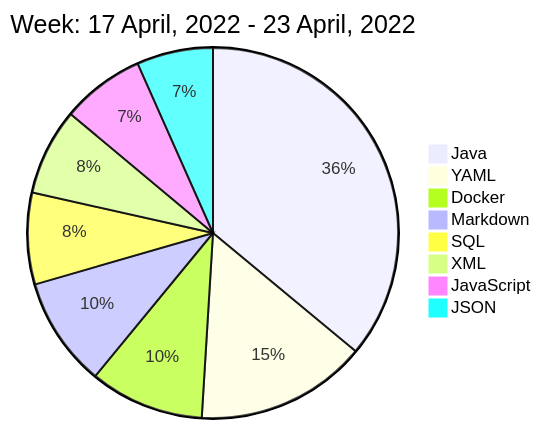
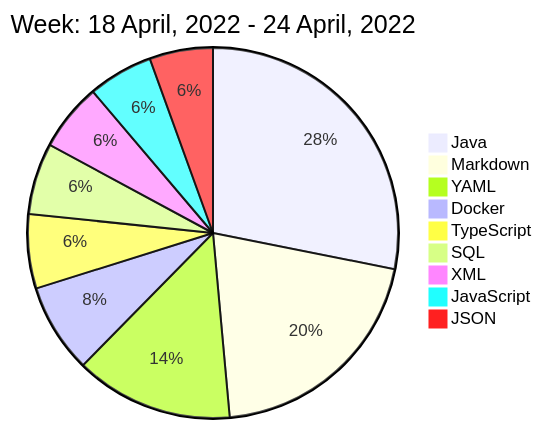
One commit to liubin95/liubin95 changed the diagram in README.md. Above: the diagram before and after it, drawn with Mermaid.

Commit message:
Updated the Graph with new Metrics

````diff
--- a/README.md
+++ b/README.md
@@ -40,12 +40,13 @@
 ```mermaid
  pie
-title Week: 17 April, 2022 - 23 April, 2022
+title Week: 18 April, 2022 - 24 April, 2022
  "Java" : 5.95
- "YAML" : 2.47
+ "Markdown" : 4.32
+ "YAML" : 2.92
  "Docker" : 1.65
- "Markdown" : 1.58
+ "TypeScript" : 1.37
  "SQL" : 1.32
  "XML" : 1.25
  "JavaScript" : 1.2
- "JSON" : 1.1
+ "JSON" : 1.17
 ```
````
